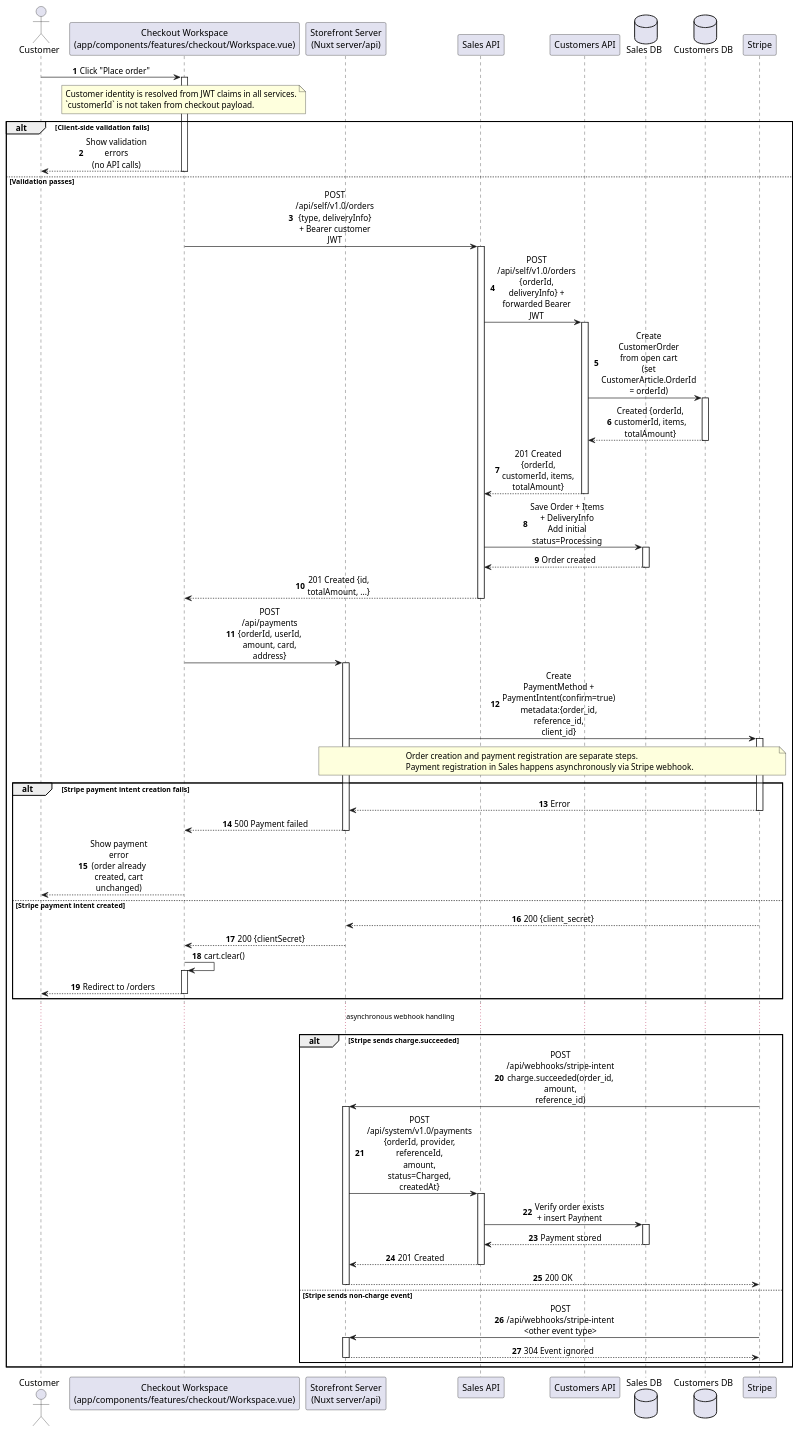
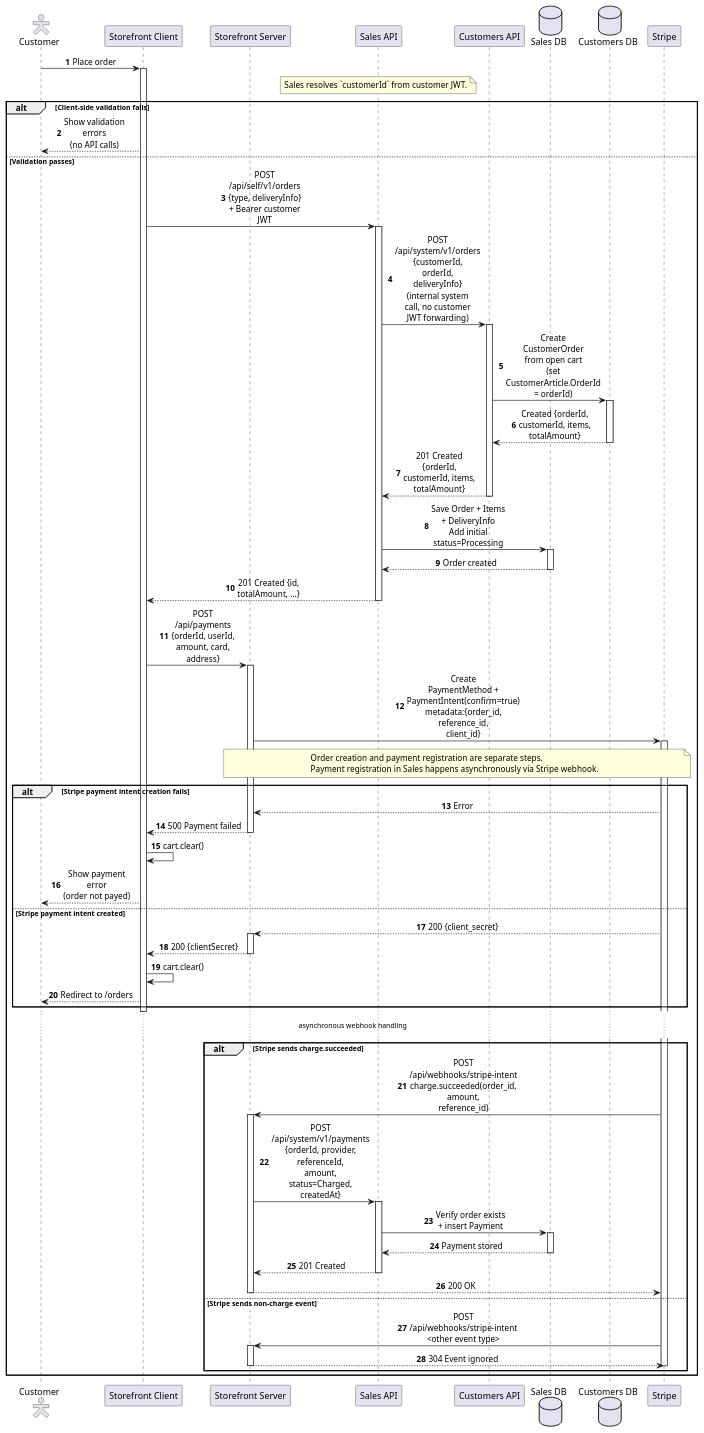
One commit to draganovik/matterway changed the diagram in docs/LLD Place Order - Sequence Diagram.puml. Above: the diagram before and after it, drawn with PlantUML. The commit also changed 13 other files, not shown here.

First line of the commit message:
Route order creation via system API; add cart sync

```diff
--- a/docs/LLD Place Order - Sequence Diagram.puml
+++ b/docs/LLD Place Order - Sequence Diagram.puml
@@ -1,70 +1,95 @@
 @startuml LLD: Place Order - Sequence Diagram
+skinparam actorStyle hollow
 skinparam sequenceMessageAlign center
 skinparam responseMessageBelowArrow true
 skinparam maxMessageSize 120
 
 autonumber
-autoactivate on
 
 actor "Customer" as Customer
-participant "Checkout Workspace\n(app/components/features/checkout/Workspace.vue)" as Checkout
-participant "Storefront Server\n(Nuxt server/api)" as StorefrontServer
+participant "Storefront Client" as Checkout
+participant "Storefront Server" as StorefrontServer
 participant "Sales API" as SalesApi
 participant "Customers API" as CustomersApi
 database "Sales DB" as SalesDb
 database "Customers DB" as CustomersDb
 participant "Stripe" as Stripe
 
-Customer -> Checkout : Click "Place order"
-note over Checkout
-Customer identity is resolved from JWT claims in all services.
-`customerId` is not taken from checkout payload.
+Customer -> Checkout : Place order
+activate Checkout
+note over SalesApi
+Sales resolves `customerId` from customer JWT.
 end note
 alt Client-side validation fails
   Checkout --> Customer : Show validation errors\n(no API calls)
+
 else Validation passes
-  Checkout -> SalesApi : POST /api/self/v1.0/orders\n{type, deliveryInfo} + Bearer customer JWT
-  SalesApi -> CustomersApi : POST /api/self/v1.0/orders\n{orderId, deliveryInfo} + forwarded Bearer JWT
+  Checkout -> SalesApi : POST /api/self/v1/orders\n{type, deliveryInfo} + Bearer customer JWT
+  activate SalesApi
+  SalesApi -> CustomersApi : POST /api/system/v1/orders\n{customerId, orderId, deliveryInfo}\n(internal system call, no customer JWT forwarding)
+  activate CustomersApi
   CustomersApi -> CustomersDb : Create CustomerOrder from open cart\n(set CustomerArticle.OrderId = orderId)
+  activate CustomersDb
   CustomersDb --> CustomersApi : Created {orderId, customerId, items, totalAmount}
+  deactivate CustomersDb
   CustomersApi --> SalesApi : 201 Created {orderId, customerId, items, totalAmount}
+  deactivate CustomersApi
 
   SalesApi -> SalesDb : Save Order + Items + DeliveryInfo\nAdd initial status=Processing
+  activate SalesDb
   SalesDb --> SalesApi : Order created
+  deactivate SalesDb
   SalesApi --> Checkout : 201 Created {id, totalAmount, ...}
+  deactivate SalesApi
 
   Checkout -> StorefrontServer : POST /api/payments\n{orderId, userId, amount, card, address}
+  activate StorefrontServer
   StorefrontServer -> Stripe : Create PaymentMethod + PaymentIntent(confirm=true)\nmetadata:{order_id, reference_id, client_id}
+  activate Stripe
 
   note over Stripe, StorefrontServer
   Order creation and payment registration are separate steps.
   Payment registration in Sales happens asynchronously via Stripe webhook.
   end note
 
   alt Stripe payment intent creation fails
     Stripe --> StorefrontServer : Error
     StorefrontServer --> Checkout : 500 Payment failed
-    Checkout --> Customer : Show payment error\n(order already created, cart unchanged)
+    deactivate StorefrontServer
+    Checkout -> Checkout : cart.clear()
+    Checkout --> Customer : Show payment error\n(order not payed)
   else Stripe payment intent created
     Stripe --> StorefrontServer : 200 {client_secret}
+    activate StorefrontServer
     StorefrontServer --> Checkout : 200 {clientSecret}
+    deactivate StorefrontServer
     Checkout -> Checkout : cart.clear()
     Checkout --> Customer : Redirect to /orders
   end
+  deactivate Checkout
 
   ... asynchronous webhook handling ...
 
   alt Stripe sends charge.succeeded
     Stripe -> StorefrontServer : POST /api/webhooks/stripe-intent\ncharge.succeeded(order_id, amount, reference_id)
-    StorefrontServer -> SalesApi : POST /api/system/v1.0/payments\n{orderId, provider, referenceId, amount, status=Charged, createdAt}
+    activate StorefrontServer
+    StorefrontServer -> SalesApi : POST /api/system/v1/payments\n{orderId, provider, referenceId, amount, status=Charged, createdAt}
+    activate SalesApi
     SalesApi -> SalesDb : Verify order exists + insert Payment
+    activate SalesDb
     SalesDb --> SalesApi : Payment stored
+    deactivate SalesDb
     SalesApi --> StorefrontServer : 201 Created
+    deactivate SalesApi
     StorefrontServer --> Stripe : 200 OK
+    deactivate StorefrontServer
   else Stripe sends non-charge event
     Stripe -> StorefrontServer : POST /api/webhooks/stripe-intent\n<other event type>
+    activate StorefrontServer
     StorefrontServer --> Stripe : 304 Event ignored
+    deactivate StorefrontServer
+    deactivate Stripe
   end
 end
 
 @enduml
```
